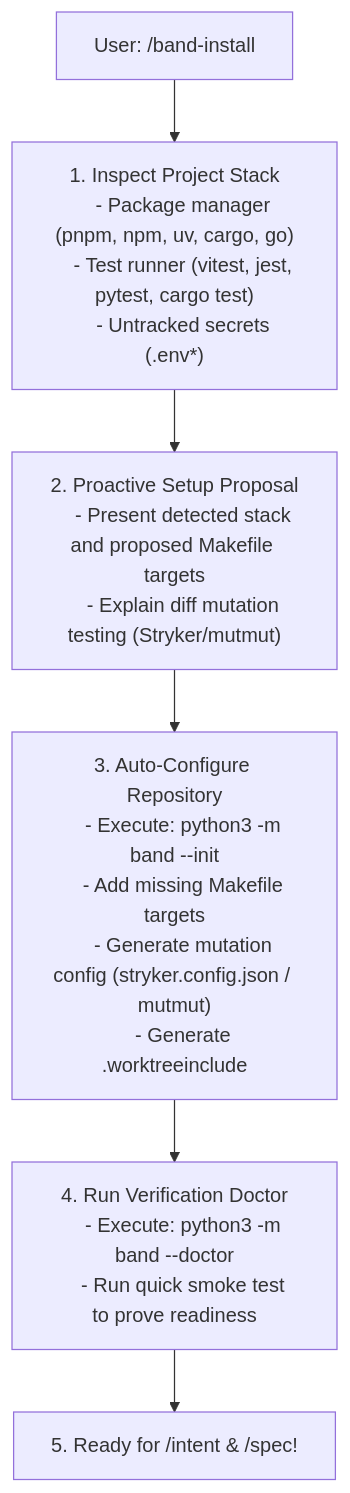
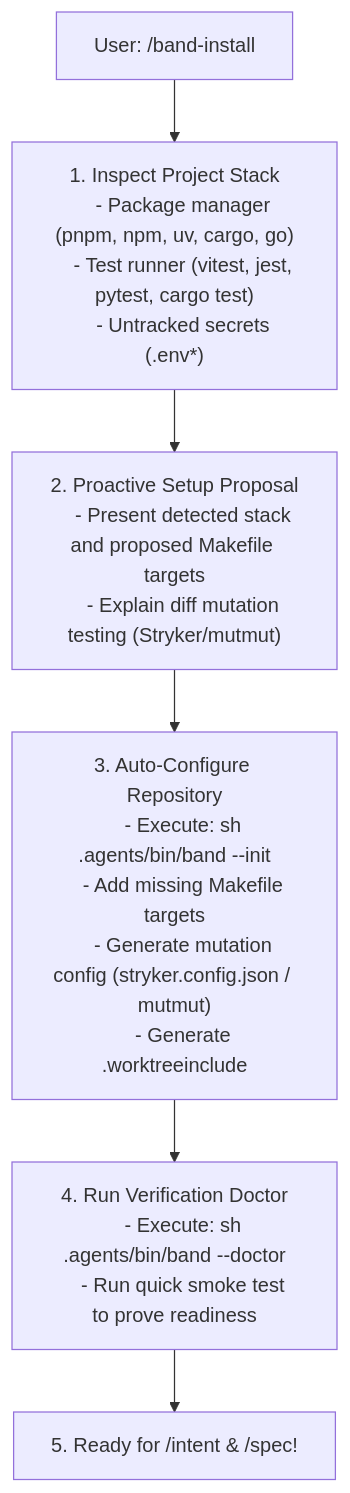
Before and after one commit to jiva-studio/band: the diagram in skills/band-install/SKILL.md, drawn with Mermaid. The commit also changed other lines of this file and 17 other files, not shown here.

````diff
--- a/skills/band-install/SKILL.md
+++ b/skills/band-install/SKILL.md
@@ -10,23 +10,23 @@
 ```mermaid
 flowchart TD
     Trigger["User: /band-install"] --> Inspect["1. Inspect Project Stack
     - Package manager (pnpm, npm, uv, cargo, go)
     - Test runner (vitest, jest, pytest, cargo test)
     - Untracked secrets (.env*)"]
     
     Inspect --> Propose["2. Proactive Setup Proposal
     - Present detected stack and proposed Makefile targets
     - Explain diff mutation testing (Stryker/mutmut)"]
     
     Propose --> AutoScaffold["3. Auto-Configure Repository
-    - Execute: python3 -m band --init
+    - Execute: sh .agents/bin/band --init
     - Add missing Makefile targets
     - Generate mutation config (stryker.config.json / mutmut)
     - Generate .worktreeinclude"]
     
     AutoScaffold --> Doctor["4. Run Verification Doctor
-    - Execute: python3 -m band --doctor
+    - Execute: sh .agents/bin/band --doctor
     - Run quick smoke test to prove readiness"]
     
     Doctor --> Done["5. Ready for /intent & /spec!"]
 ```
````
